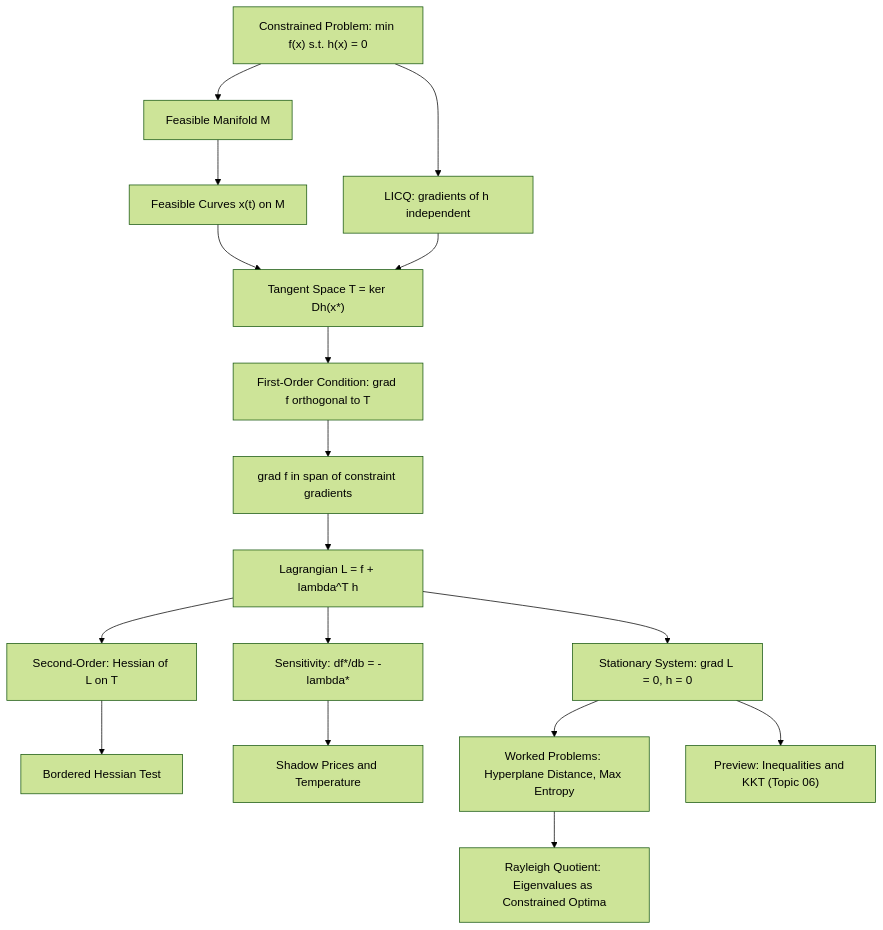
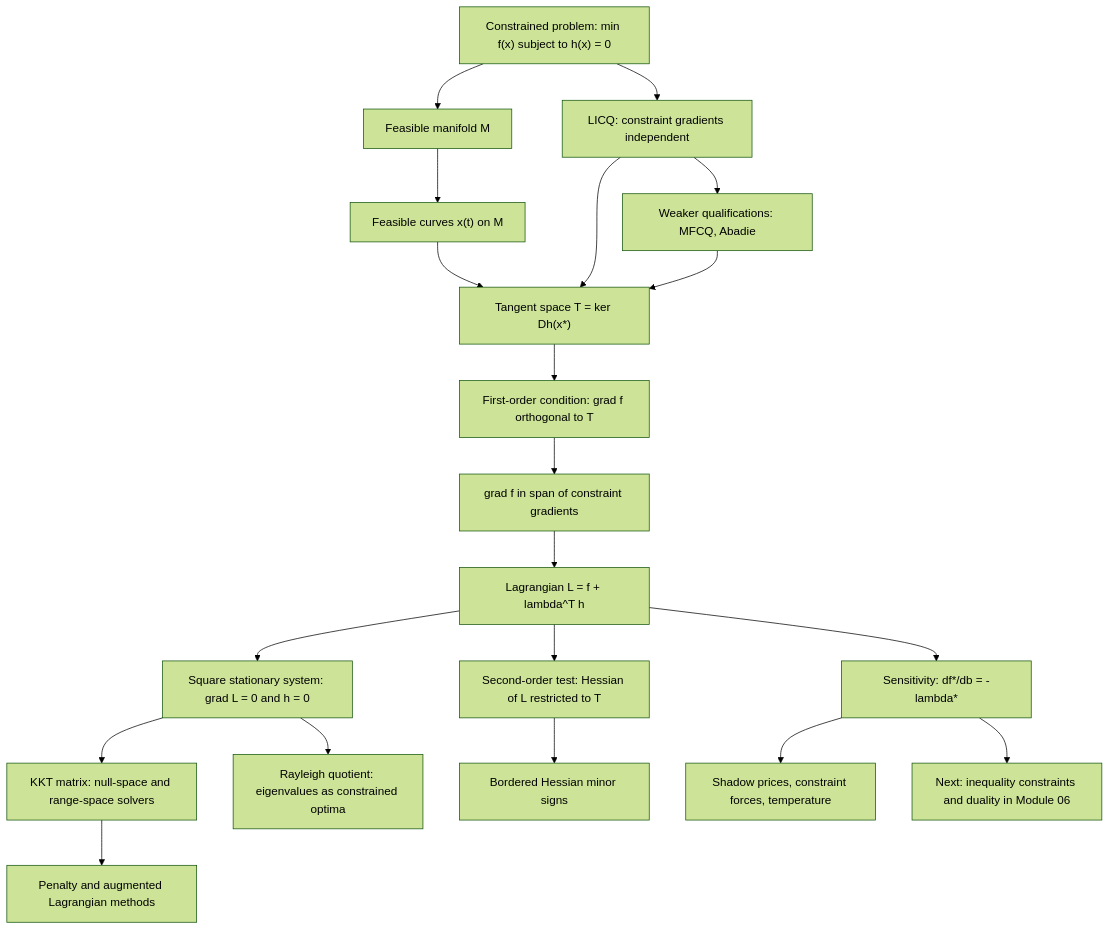
The diagram in optimization/05_constrained_optimization_lagrange/README.md (hien078/applied-mathematics-foundation), drawn with Mermaid (forest theme) before and after one commit. The commit also changed other lines of this file and 150 other files, not shown here.

````diff
--- a/optimization/05_constrained_optimization_lagrange/README.md
+++ b/optimization/05_constrained_optimization_lagrange/README.md
@@ -28,19 +36,22 @@
 ```mermaid
 graph TD
-    A["Constrained Problem: min f(x) s.t. h(x) = 0"] --> B["Feasible Manifold M"]
-    B --> C["Feasible Curves x(t) on M"]
-    C --> D["Tangent Space T = ker Dh(x*)"]
-    A --> E["LICQ: gradients of h independent"]
+    A["Constrained problem: min f(x) subject to h(x) = 0"] --> B["Feasible manifold M"]
+    B --> C["Feasible curves x(t) on M"]
+    C --> D["Tangent space T = ker Dh(x*)"]
+    A --> E["LICQ: constraint gradients independent"]
     E --> D
-    D --> F["First-Order Condition: grad f orthogonal to T"]
+    E --> Ecq["Weaker qualifications: MFCQ, Abadie"]
+    Ecq --> D
+    D --> F["First-order condition: grad f orthogonal to T"]
     F --> G["grad f in span of constraint gradients"]
     G --> H["Lagrangian L = f + lambda^T h"]
-    H --> I["Stationary System: grad L = 0, h = 0"]
-    H --> J["Second-Order: Hessian of L on T"]
-    J --> K["Bordered Hessian Test"]
+    H --> I["Square stationary system: grad L = 0 and h = 0"]
+    H --> J["Second-order test: Hessian of L restricted to T"]
+    J --> K["Bordered Hessian minor signs"]
     H --> L["Sensitivity: df*/db = -lambda*"]
-    L --> M["Shadow Prices and Temperature"]
-    I --> N["Worked Problems: Hyperplane Distance, Max Entropy"]
-    N --> O["Rayleigh Quotient: Eigenvalues as Constrained Optima"]
-    I --> P["Preview: Inequalities and KKT (Topic 06)"]
+    L --> M["Shadow prices, constraint forces, temperature"]
+    I --> N["KKT matrix: null-space and range-space solvers"]
+    N --> O["Penalty and augmented Lagrangian methods"]
+    I --> P["Rayleigh quotient: eigenvalues as constrained optima"]
+    L --> Q["Next: inequality constraints and duality in Module 06"]
 ```
````
